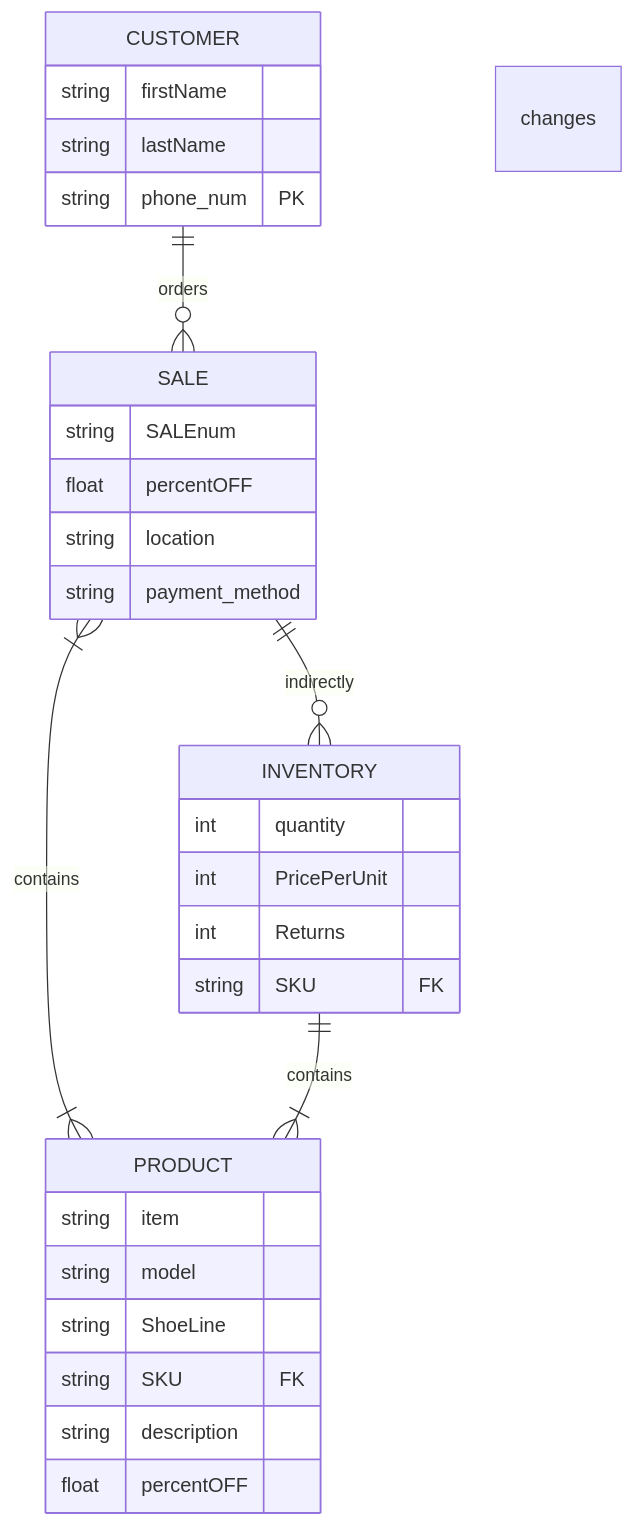
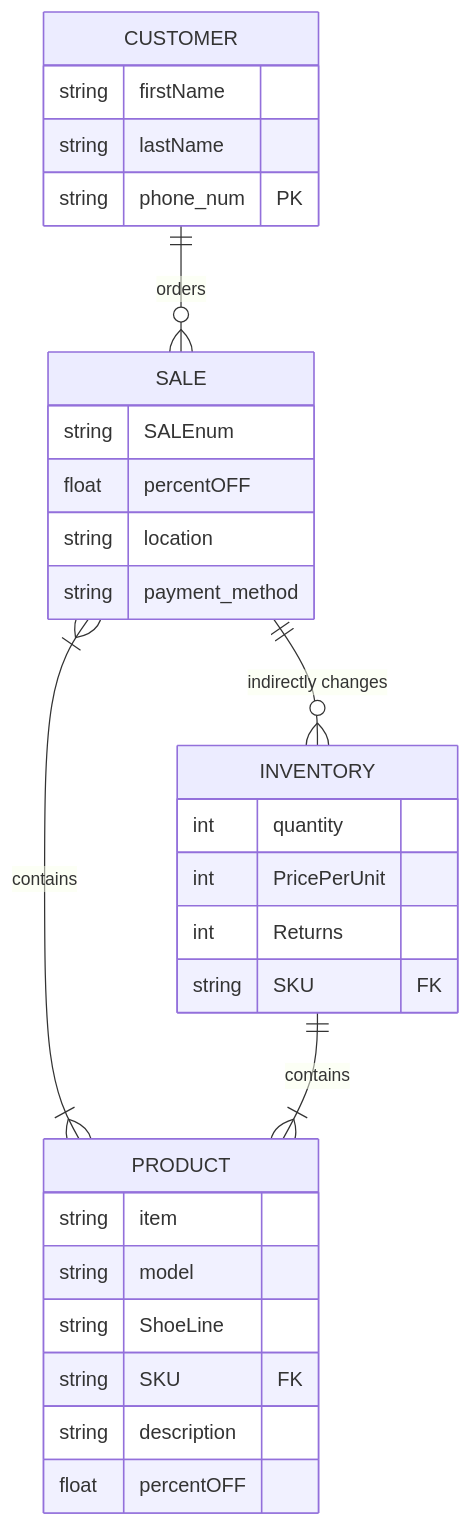
Before and after one commit to Neel-Devineni1/Neel-Devineni1.github.io: the diagram in NikeStore_ERD.md, drawn with Mermaid.

````diff
--- a/NikeStore_ERD.md
+++ b/NikeStore_ERD.md
@@ -1,33 +1,33 @@
 ```mermaid
 erDiagram
 
    PRODUCT{
     string item
     string model
     string ShoeLine
     string SKU FK
     string description
     float percentOFF
    }
 CUSTOMER ||--o{ SALE : orders
    CUSTOMER{
     string firstName
     string lastName
     string phone_num PK
    }
 SALE }|--|{ PRODUCT : contains
-SALE ||--o{INVENTORY : indirectly changes
+SALE ||--o{INVENTORY : "indirectly changes"
    SALE{
     string SALEnum
     float percentOFF
     string location
     string payment_method
    }
 INVENTORY ||--|{ PRODUCT : contains
    INVENTORY{
     int quantity
     int PricePerUnit
     int Returns
     string SKU FK
    }
 ```
````
